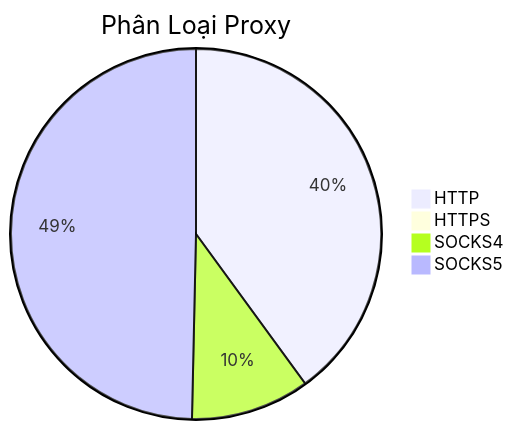
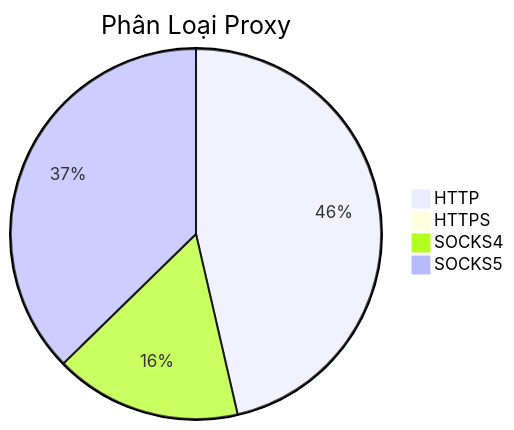
One commit to Ciara-Aa/PROXY-free changed the diagram in README.md. Above: the diagram before and after it, drawn with Mermaid. The commit also changed other lines of this file and 4 other files, not shown here.

````diff
--- a/README.md
+++ b/README.md
@@ -26,7 +26,7 @@
 ```mermaid
 pie title Phân Loại Proxy
-    "HTTP" : 231
-    "HTTPS" : 4
-    "SOCKS4" : 60
-    "SOCKS5" : 287
+    "HTTP" : 276
+    "HTTPS" : 5
+    "SOCKS4" : 97
+    "SOCKS5" : 222
 ```
````
